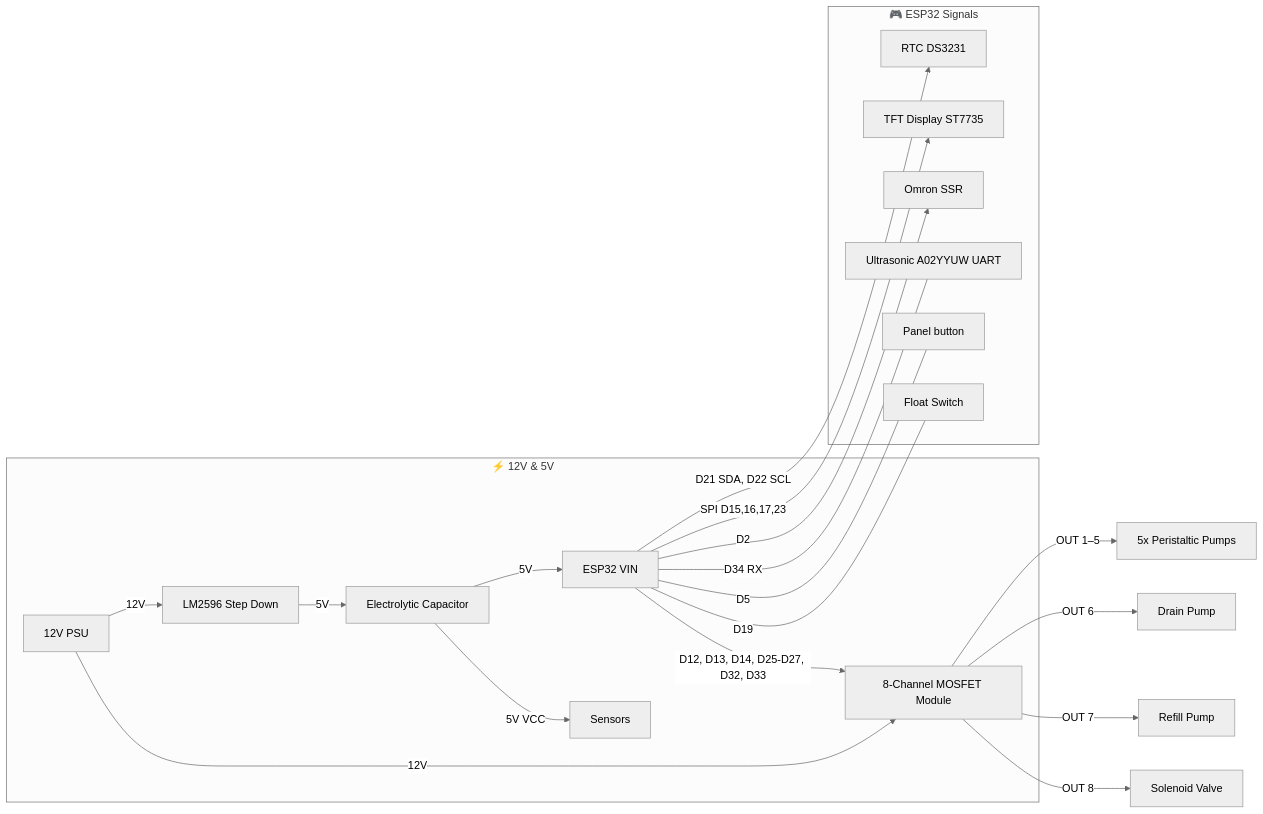
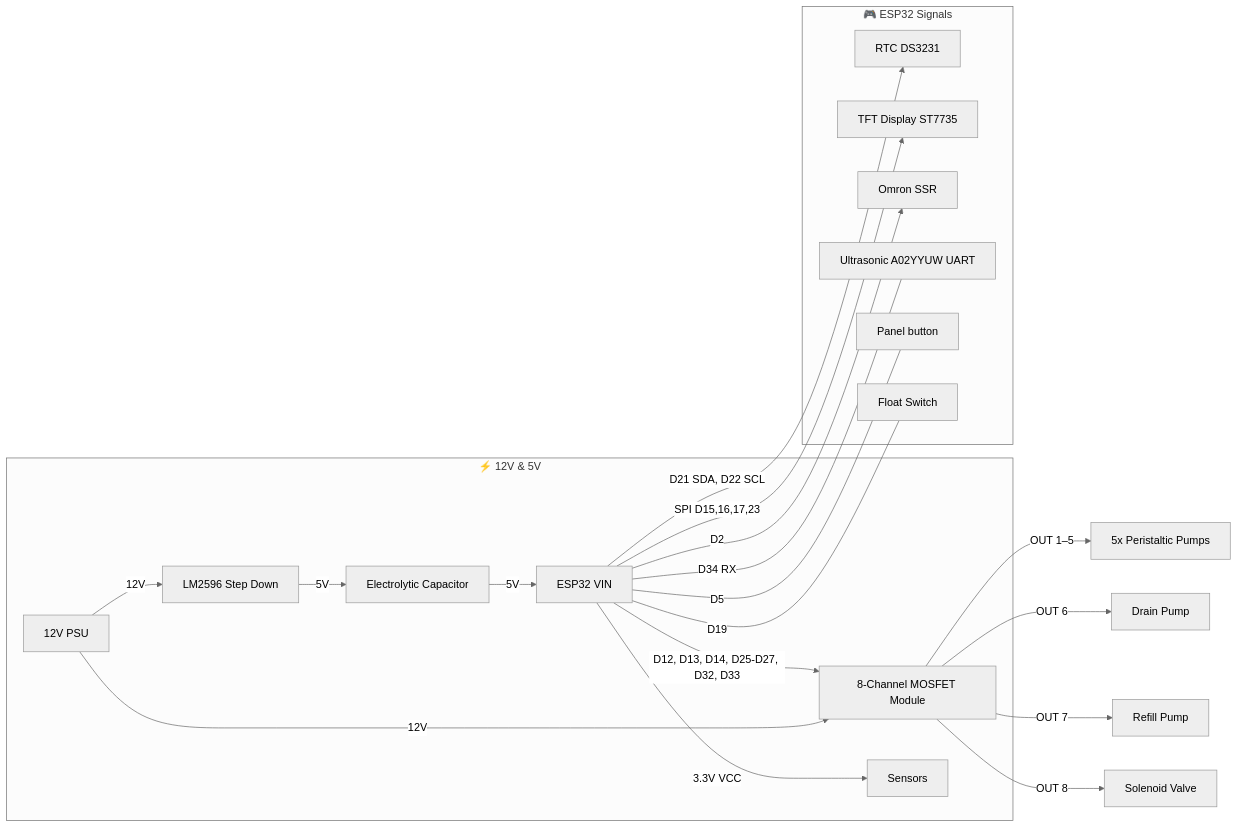
Before and after one commit to PhilipeGatis/IARA: the second of 2 diagrams in README.md, drawn with Mermaid (neutral theme). The commit also changed 2 other files, not shown here.

Commit message:
docs: the overview diagram fed the sensors 5V
HARDWARE.md carries a bold warning that the A02YYUW's output logic level
follows its VCC, so powering it at 5V puts 5V on GPIO34 and destroys the
pin permanently. The architecture diagram in all three READMEs drew the
sensor rail coming off the 5V bus — the first picture a builder sees,
contradicting the warning sixty lines into another document. Now 3.3V,
from the ESP32's regulator, which is what the build actually does.

Claude-Session: https://claude.ai/code/session_018JJ7SskgX2mbfAYasTPVyB

````diff
--- a/README.md
+++ b/README.md
@@ -114,25 +114,25 @@
 ```mermaid
 graph LR
   subgraph Power [⚡ 12V & 5V]
     PSU[12V PSU] -->|12V| MOSFET[8-Channel MOSFET Module]
     PSU -->|12V| LM2596[LM2596 Step Down]
     LM2596 -->|5V| Cap[Electrolytic Capacitor]
     Cap -->|5V| ESP32[ESP32 VIN]
-    Cap -->|5V VCC| SENS[Sensors]
+    ESP32 -->|3.3V VCC| SENS[Sensors]
   end
 
   subgraph Signals [🎮 ESP32 Signals]
     ESP32 -->|D21 SDA, D22 SCL| I2C[RTC DS3231]
     ESP32 -->|SPI D15,16,17,23| TFT[TFT Display ST7735]
     ESP32 -->|D12, D13, D14, D25-D27, D32, D33| MOSFET
     ESP32 -->|D2| SSR[Omron SSR]
     ESP32 ---|D34 RX| Ultra[Ultrasonic A02YYUW UART]
     ESP32 ---|D5| Button[Panel button]
     ESP32 ---|D19| Float[Float Switch]
   end
 
   MOSFET -->|OUT 1–5| Peristaltic[5x Peristaltic Pumps]
   MOSFET -->|OUT 6| Drain[Drain Pump]
   MOSFET -->|OUT 7| Refill[Refill Pump]
   MOSFET -->|OUT 8| Solenoid[Solenoid Valve]
 ```
````
